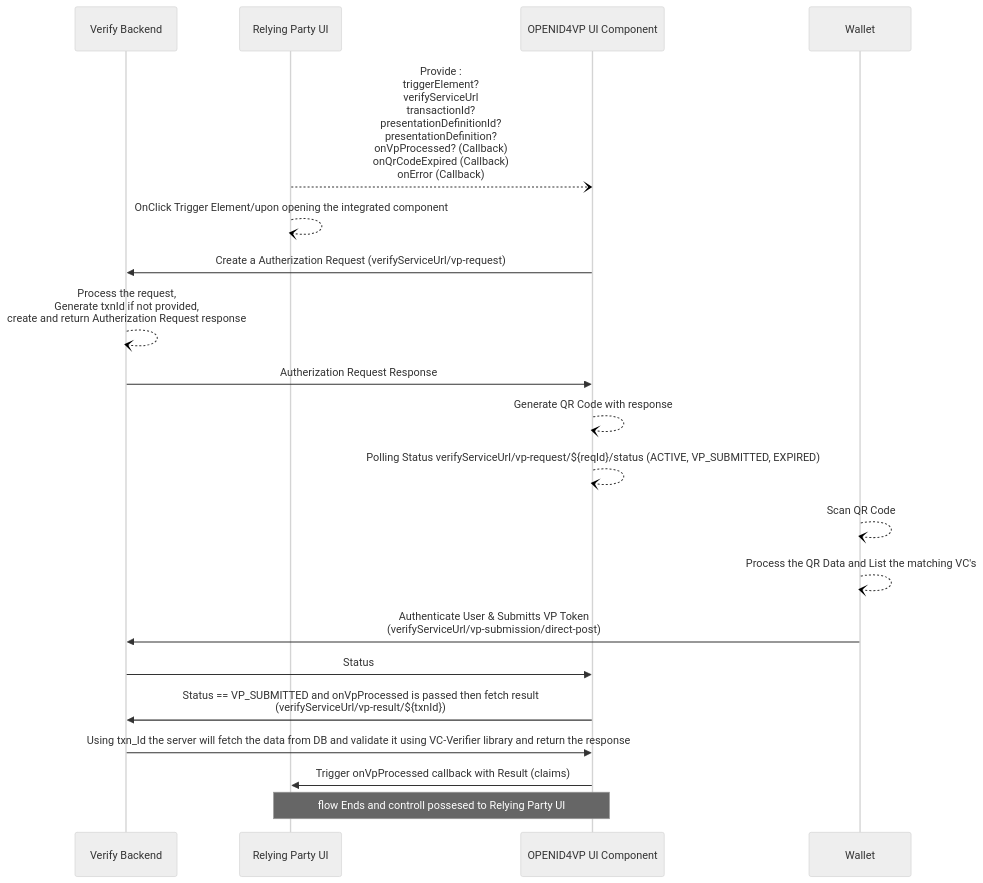
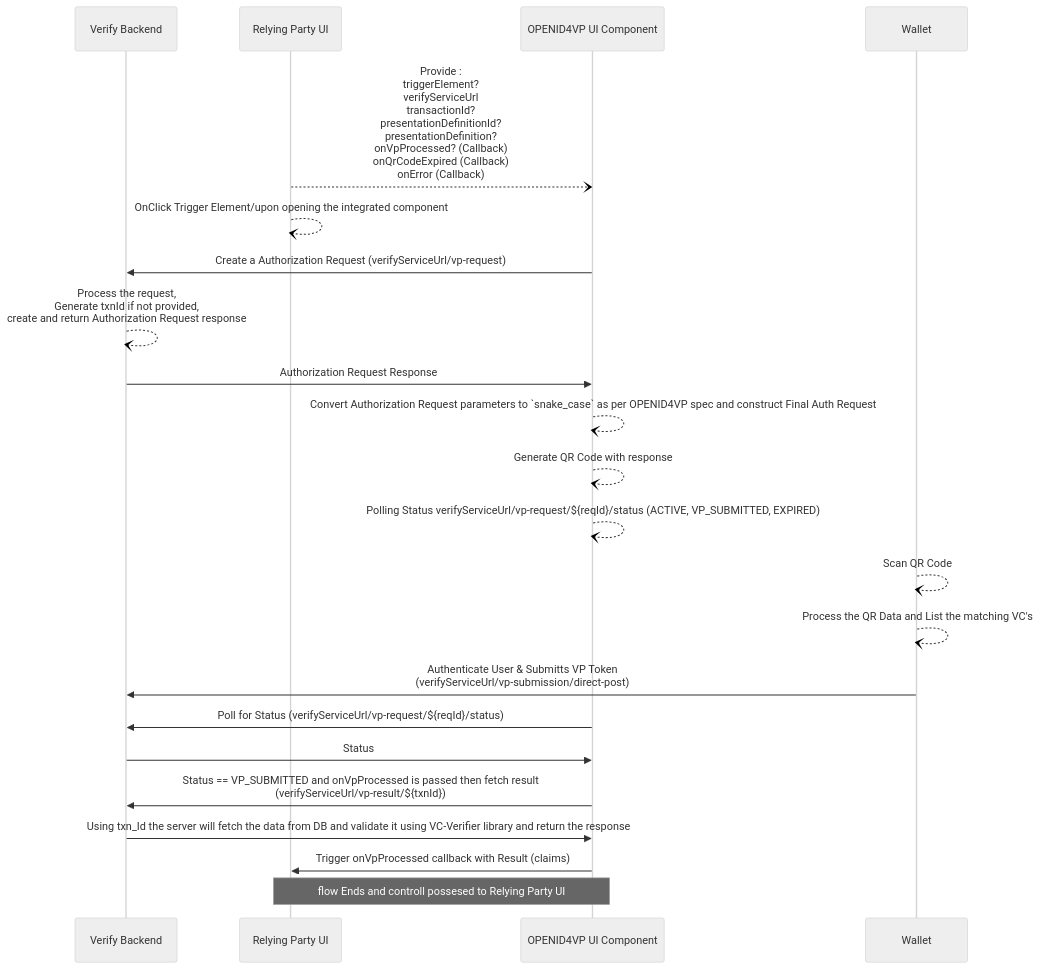
The first of 4 diagrams in docs/InjiVerifySDKOpenID4VP.md (mosip/inji-verify), drawn with Mermaid (neutral theme) before and after one commit. The commit also changed other lines of this file and 1 other file, not shown here.

````diff
--- a/docs/InjiVerifySDKOpenID4VP.md
+++ b/docs/InjiVerifySDKOpenID4VP.md
@@ -6,23 +6,25 @@
 ```mermaid 
 sequenceDiagram
     participant Verify Backend
     participant Relying Party UI
     participant OPENID4VP UI Component
     participant Wallet
     
      Relying Party UI--)OPENID4VP UI Component: Provide : <br> triggerElement? <br> verifyServiceUrl <br> transactionId? <br>  presentationDefinitionId? <br> presentationDefinition? <br> onVpProcessed? (Callback) <br> onQrCodeExpired (Callback) <br> onError (Callback) 
     Relying Party UI--)Relying Party UI: OnClick Trigger Element/upon opening the integrated component
-    OPENID4VP UI Component->>Verify Backend: Create a Autherization Request (verifyServiceUrl/vp-request) 
-    Verify Backend--)Verify Backend: Process the request,<br> Generate txnId if not provided, <br> create and return Autherization Request response
-    Verify Backend->>OPENID4VP UI Component: Autherization Request Response
+    OPENID4VP UI Component->>Verify Backend: Create a Authorization Request (verifyServiceUrl/vp-request) 
+    Verify Backend--)Verify Backend: Process the request,<br> Generate txnId if not provided, <br> create and return Authorization Request response
+    Verify Backend->>OPENID4VP UI Component: Authorization Request Response
+    OPENID4VP UI Component--)OPENID4VP UI Component: Convert Authorization Request parameters to `snake_case` as per OPENID4VP spec and construct Final Auth Request
     OPENID4VP UI Component--)OPENID4VP UI Component: Generate QR Code with response
     OPENID4VP UI Component--)OPENID4VP UI Component: Polling Status verifyServiceUrl/vp-request/${reqId}/status (ACTIVE, VP_SUBMITTED, EXPIRED)
     Wallet--)Wallet: Scan QR Code
     Wallet--)Wallet: Process the QR Data and List the matching VC's
     Wallet->>Verify Backend: Authenticate User & Submitts VP Token <br> (verifyServiceUrl/vp-submission/direct-post)
+    OPENID4VP UI Component->>Verify Backend: Poll for Status (verifyServiceUrl/vp-request/${reqId}/status)
     Verify Backend->>OPENID4VP UI Component: Status
     OPENID4VP UI Component->>Verify Backend: Status == VP_SUBMITTED and onVpProcessed is passed then fetch result <br> (verifyServiceUrl/vp-result/${txnId})
     Verify Backend->>OPENID4VP UI Component: Using txn_Id the server will fetch the data from DB and validate it using VC-Verifier library and return the response
     OPENID4VP UI Component->>Relying Party UI: Trigger onVpProcessed callback with Result (claims)
     Note over OPENID4VP UI Component,Relying Party UI: flow Ends and controll possesed to Relying Party UI
 ```
````
